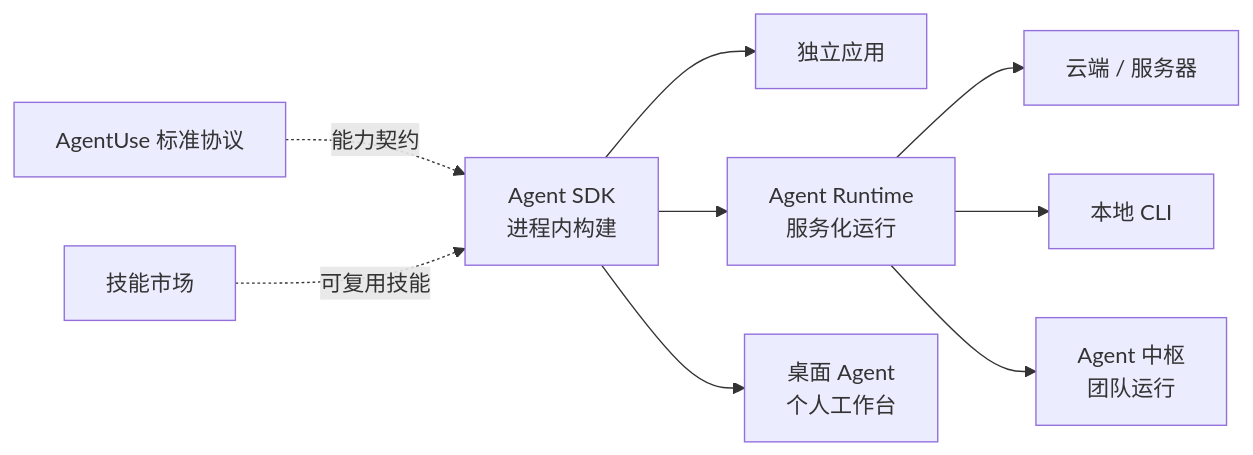
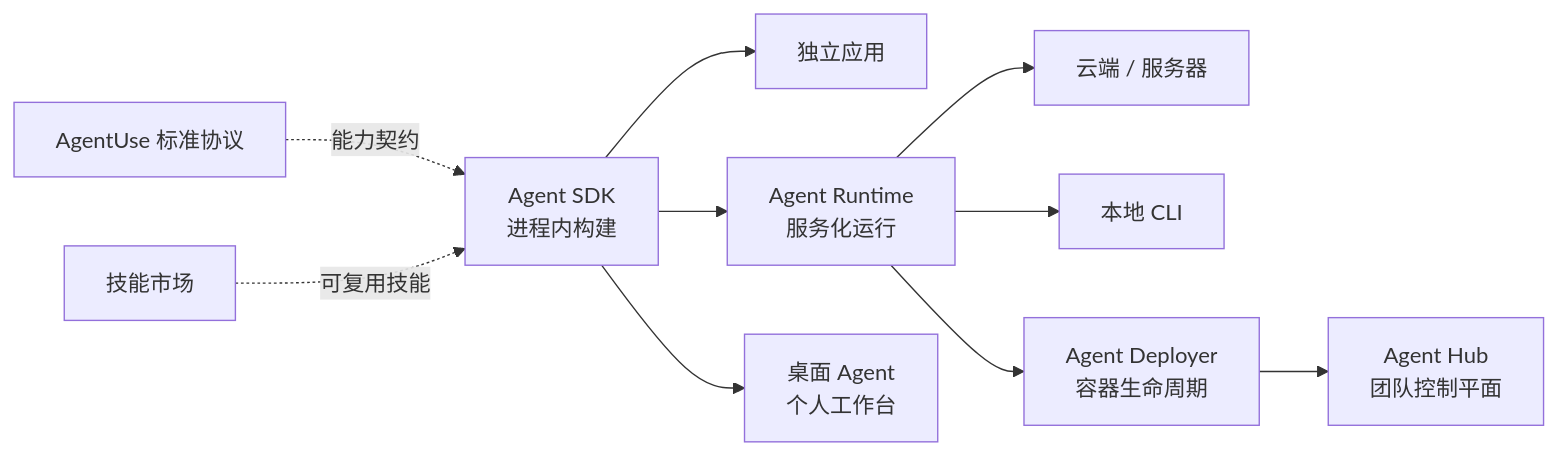
One commit to zerone-agents/.github changed the diagram in profile/README.zh-CN.md. Above: the diagram before and after it, drawn with Mermaid. The commit also changed other lines of this file and 1 other file, not shown here.

````diff
--- a/profile/README.zh-CN.md
+++ b/profile/README.zh-CN.md
@@ -21,11 +28,12 @@
 ```mermaid
 flowchart LR
   SDK["Agent SDK<br/>进程内构建"] --> APP["独立应用"]
   SDK --> RT["Agent Runtime<br/>服务化运行"]
   RT --> CLOUD["云端 / 服务器"]
   RT --> CLI["本地 CLI"]
+  RT --> DEPLOYER["Agent Deployer<br/>容器生命周期"]
+  DEPLOYER --> HUB["Agent Hub<br/>团队控制平面"]
   SDK --> DESKTOP["桌面 Agent<br/>个人工作台"]
-  RT --> HUB["Agent 中枢<br/>团队运行"]
   PROTOCOL["AgentUse 标准协议"] -. "能力契约" .-> SDK
   MARKET["技能市场"] -. "可复用技能" .-> SDK
 ```
````
